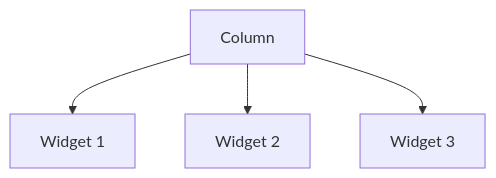
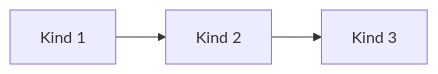
Before and after one commit to Real-Dau/Flutter-lernen: the first of 2 diagrams in 03-row-column/VISUAL.md, drawn with Mermaid. The commit also changed other lines of this file and 15 other files, not shown here.

````diff
--- a/03-row-column/VISUAL.md
+++ b/03-row-column/VISUAL.md
@@ -19,6 +15,5 @@
 ```mermaid
-flowchart TD
-    A[Column] --> B[Widget 1]
-    A --> C[Widget 2]
-    A --> D[Widget 3]
+flowchart LR
+    A[Kind 1] --> B[Kind 2]
+    B --> C[Kind 3]
 ```
````
